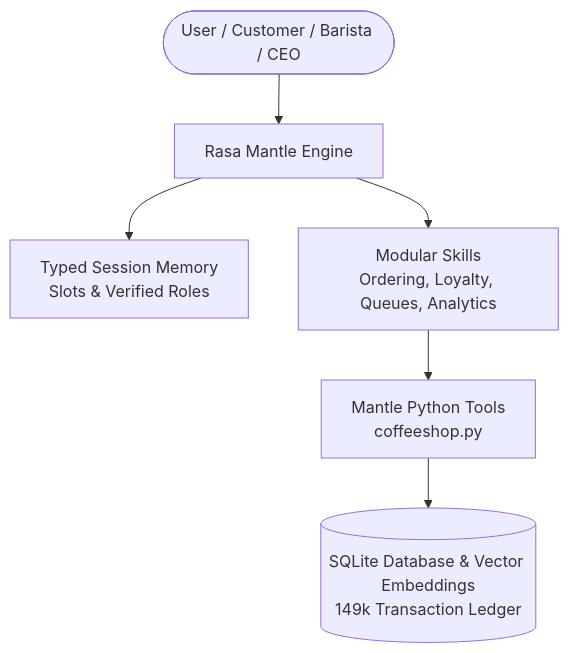
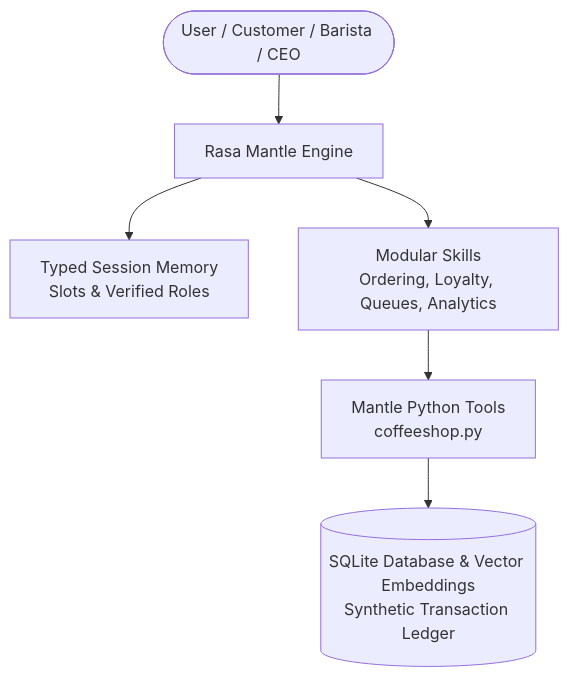
Before and after one commit to RasaHQ/rasa-community-resources: the diagram in heroes/wave-01-mantle/projects/samrudh-coffee-shop/README.md, drawn with Mermaid. The commit also changed other lines of this file and 13 other files, not shown here.

````diff
--- a/heroes/wave-01-mantle/projects/samrudh-coffee-shop/README.md
+++ b/heroes/wave-01-mantle/projects/samrudh-coffee-shop/README.md
@@ -27,8 +27,8 @@
 ```mermaid
 graph TD
     User([User / Customer / Barista / CEO]) --> Orchestrator[Rasa Mantle Engine]
     Orchestrator --> Memory[Typed Session Memory<br/>Slots & Verified Roles]
     Orchestrator --> Skills[Modular Skills<br/>Ordering, Loyalty, Queues, Analytics]
     Skills --> Tools[Mantle Python Tools<br/>coffeeshop.py]
-    Tools --> DB[(SQLite Database & Vector Embeddings<br/>149k Transaction Ledger)]
+    Tools --> DB[(SQLite Database & Vector Embeddings<br/>Synthetic Transaction Ledger)]
 ```
````
